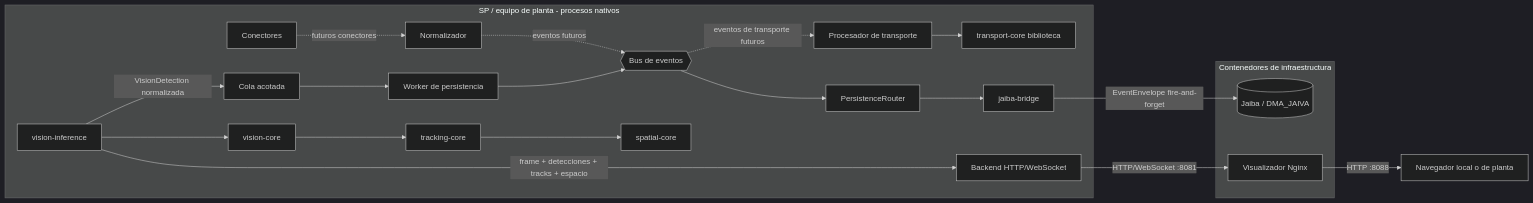
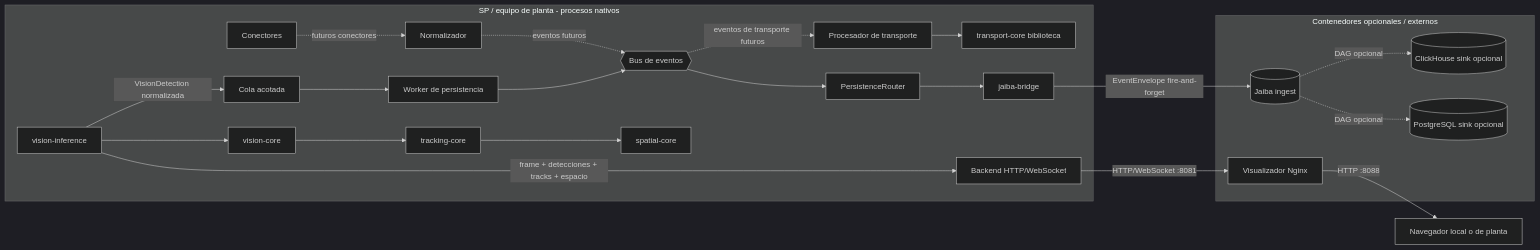
Before and after one commit to dfr2098/broder: the ninth of 9 diagrams in core/rs/ARCHITECTURE.md, drawn with Mermaid (dark theme). The commit also changed other lines of this file and 17 other files, not shown here.

First line of the commit message:
Reconcile Broder docs with Jaiba/DMA_JAIVA architecture brief.

````diff
--- a/core/rs/ARCHITECTURE.md
+++ b/core/rs/ARCHITECTURE.md
@@ -371,38 +381,42 @@
 ```mermaid
 flowchart LR
     subgraph SP[SP / equipo de planta - procesos nativos]
         CON[Conectores]
         NOR[Normalizador]
         BUS{{Bus de eventos}}
         TP[Procesador de transporte]
         TR[transport-core biblioteca]
         VIS[vision-inference]
         VC[vision-core]
         TC[tracking-core]
         SC[spatial-core]
         WSB[Backend HTTP/WebSocket]
         Q[Cola acotada]
         PW[Worker de persistencia]
         PR[PersistenceRouter]
         PGA[jaiba-bridge]
 
         CON -. futuros conectores .-> NOR
         NOR -. eventos futuros .-> BUS
         BUS -. eventos de transporte futuros .-> TP --> TR
         VIS --> VC
         VC --> TC
         TC --> SC
         VIS -->|frame + detecciones + tracks + espacio| WSB
         VIS -->|VisionDetection normalizada| Q --> PW --> BUS
         BUS --> PR --> PGA
     end
 
-    subgraph DOCKER[Contenedores de infraestructura]
-        JB[(Jaiba / DMA_JAIVA)]
+    subgraph DOCKER[Contenedores opcionales / externos]
+        JB[(Jaiba ingest)]
+        CH[(ClickHouse sink opcional)]
+        PG[(PostgreSQL sink opcional)]
         WEB[Visualizador Nginx]
     end
 
     PGA -->|EventEnvelope fire-and-forget| JB
+    JB -.->|DAG opcional| CH
+    JB -.->|DAG opcional| PG
     WSB -->|HTTP/WebSocket :8081| WEB
     WEB -->|HTTP :8088| BROWSER[Navegador local o de planta]
 ```
````
